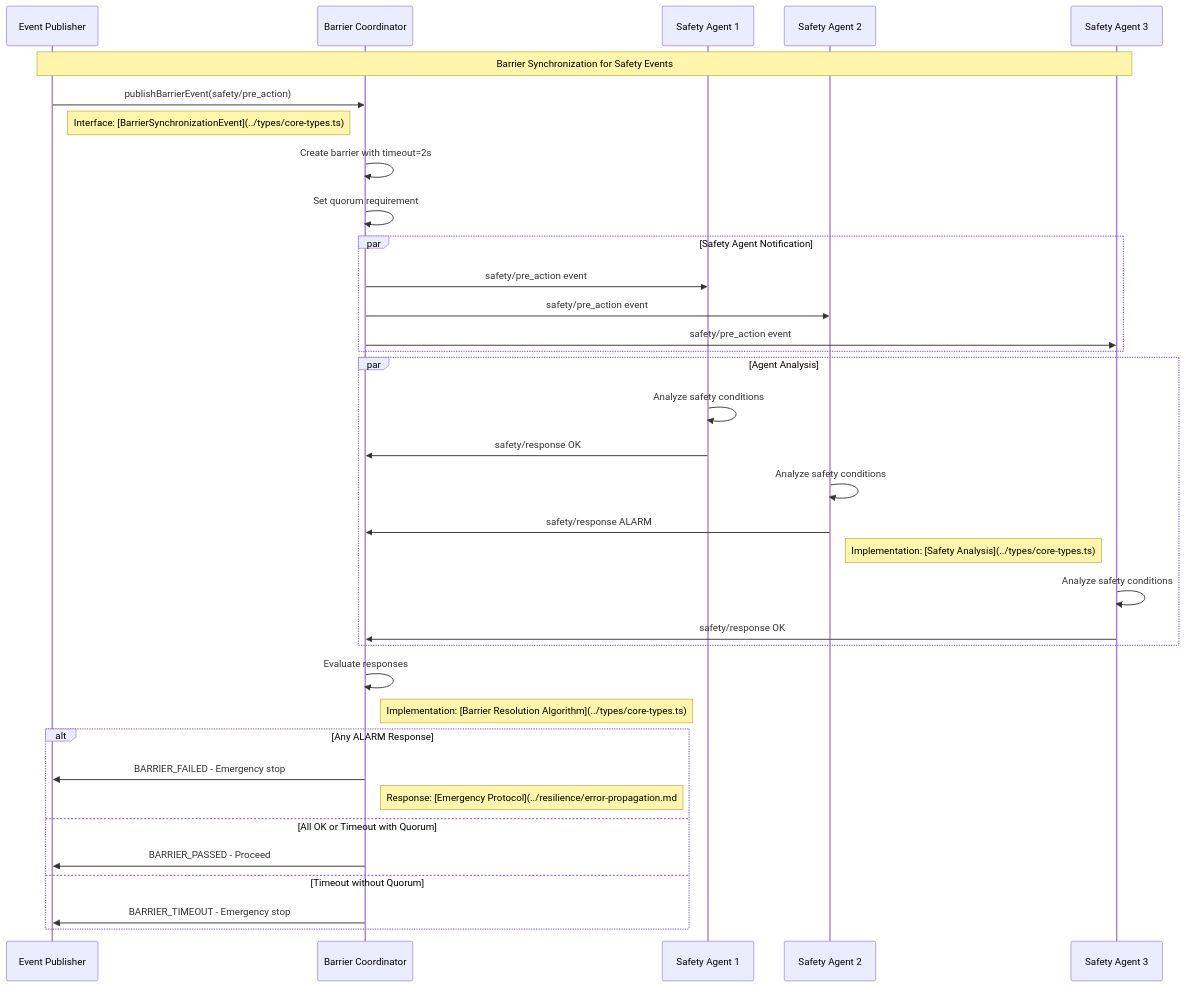
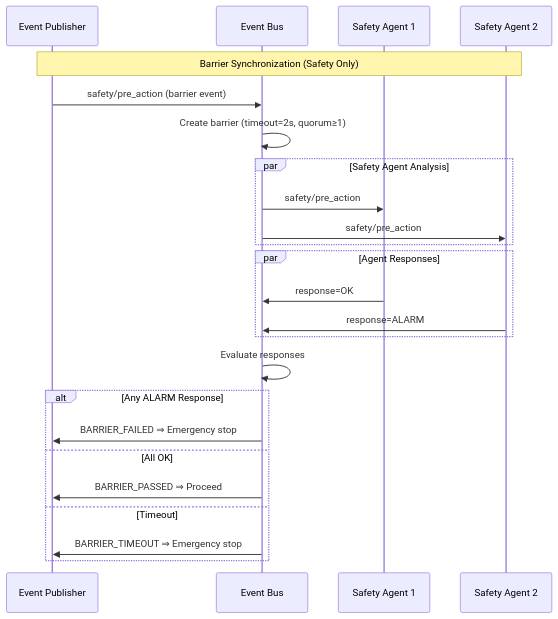
One commit to Vrooli/Vrooli changed the second of 2 diagrams in docs/architecture/execution/event-driven/event-bus-protocol.md. Above: the diagram before and after it, drawn with Mermaid. The commit also changed other lines of this file and 21 other files, not shown here.

````diff
--- a/docs/architecture/execution/event-driven/event-bus-protocol.md
+++ b/docs/architecture/execution/event-driven/event-bus-protocol.md
@@ -164,50 +69,32 @@
 ```mermaid
 sequenceDiagram
-    participant Publisher as Event Publisher  
-    participant Barrier as Barrier Coordinator
+    participant Publisher as Event Publisher
+    participant Bus as Event Bus
     participant Agent1 as Safety Agent 1
     participant Agent2 as Safety Agent 2
-    participant Agent3 as Safety Agent 3
 
-    Note over Publisher,Agent3: Barrier Synchronization for Safety Events
+    Note over Publisher,Agent2: Barrier Synchronization (Safety Only)
 
-    %% Barrier initiation
-    Publisher->>Barrier: publishBarrierEvent(safety/pre_action)
-    Note right of Publisher: Interface: [BarrierSynchronizationEvent](../types/core-types.ts)
+    Publisher->>Bus: safety/pre_action (barrier event)
+    Bus->>Bus: Create barrier (timeout=2s, quorum≥1)
     
-    Barrier->>Barrier: Create barrier with timeout=2s
-    Barrier->>Barrier: Set quorum requirement
-    
-    %% Fan-out to safety agents
-    par Safety Agent Notification
-        Barrier->>Agent1: safety/pre_action event
-        Barrier->>Agent2: safety/pre_action event  
-        Barrier->>Agent3: safety/pre_action event
+    par Safety Agent Analysis
+        Bus->>Agent1: safety/pre_action
+        Bus->>Agent2: safety/pre_action
     end
     
-    %% Agent responses
-    par Agent Analysis
-        Agent1->>Agent1: Analyze safety conditions
-        Agent1->>Barrier: safety/response OK
-        
-        Agent2->>Agent2: Analyze safety conditions
-        Agent2->>Barrier: safety/response ALARM
-        Note right of Agent2: Implementation: [Safety Analysis](../types/core-types.ts)
-        
-        Agent3->>Agent3: Analyze safety conditions
-        Agent3->>Barrier: safety/response OK
+    par Agent Responses
+        Agent1->>Bus: response=OK
+        Agent2->>Bus: response=ALARM
     end
     
-    %% Barrier resolution
-    Barrier->>Barrier: Evaluate responses
-    Note right of Barrier: Implementation: [Barrier Resolution Algorithm](../types/core-types.ts)
+    Bus->>Bus: Evaluate responses
     
     alt Any ALARM Response
-        Barrier->>Publisher: BARRIER_FAILED - Emergency stop
-        Note right of Barrier: Response: [Emergency Protocol](../resilience/error-propagation.md#emergency-stop-protocols)
-    else All OK or Timeout with Quorum
-        Barrier->>Publisher: BARRIER_PASSED - Proceed
-    else Timeout without Quorum
-        Barrier->>Publisher: BARRIER_TIMEOUT - Emergency stop
+        Bus->>Publisher: BARRIER_FAILED ⇒ Emergency stop
+    else All OK
+        Bus->>Publisher: BARRIER_PASSED ⇒ Proceed
+    else Timeout
+        Bus->>Publisher: BARRIER_TIMEOUT ⇒ Emergency stop
     end
 ```
````
